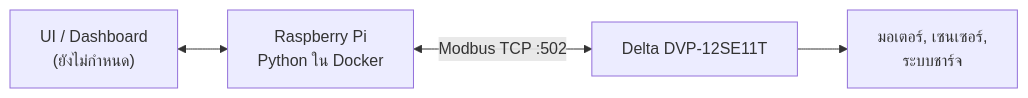
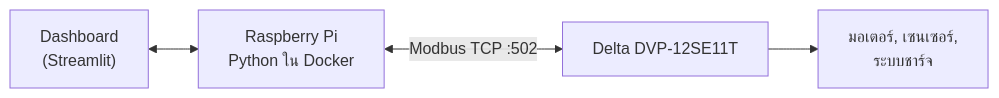
One commit to 9Take/Solar-Panel-Cleaning-Robot-via-IoT changed the first of 2 diagrams in README.md. Above: the diagram before and after it, drawn with Mermaid. The commit also changed other lines of this file and 9 other files, not shown here.

````diff
--- a/README.md
+++ b/README.md
@@ -20,6 +20,6 @@
 ```mermaid
 flowchart LR
-    UI["UI / Dashboard<br/>(ยังไม่กำหนด)"] <--> PI["Raspberry Pi<br/>Python ใน Docker"]
+    UI["Dashboard<br/>(Streamlit)"] <--> PI["Raspberry Pi<br/>Python ใน Docker"]
     PI <-->|Modbus TCP :502| PLC["Delta DVP-12SE11T"]
     PLC --> HW["มอเตอร์, เซนเซอร์,<br/>ระบบชาร์จ"]
 ```
````
